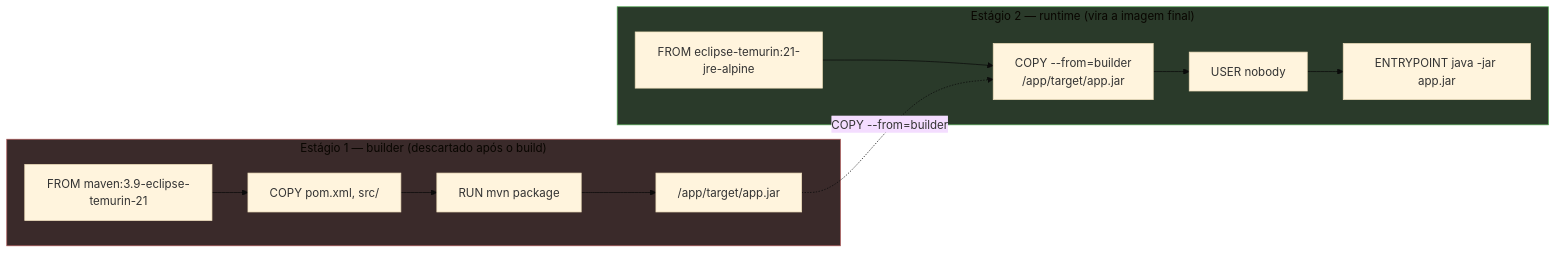
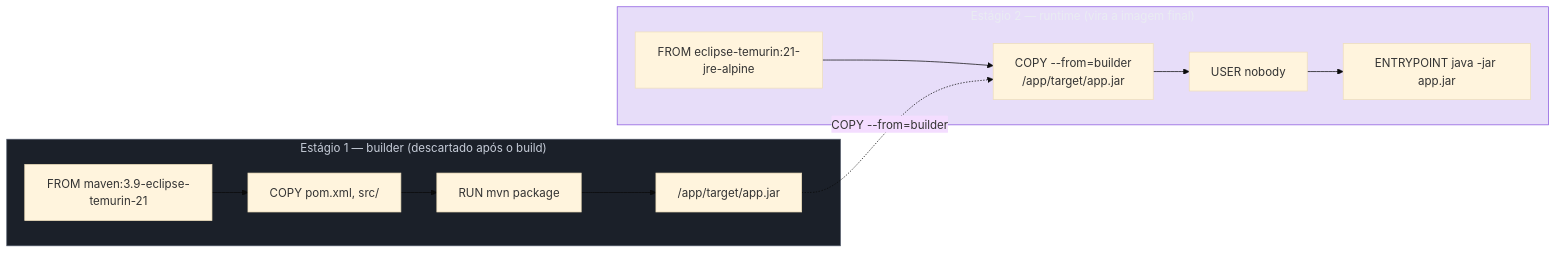
One commit to josenaldo/codex-technomanticus changed the first of 2 diagrams in 03-Dominios/Tecnologia/Infraestrutura/Docker/09 - Multi-stage e imagens mínimas.md. Above: the diagram before and after it, drawn with Mermaid (base theme). The commit also changed other lines of this file and 1181 other files, not shown here.

First line of the commit message:
fix(diagramas): paleta do sistema no lugar de cor cravada no markdown

````diff
--- a/03-Dominios/Tecnologia/Infraestrutura/Docker/09 - Multi-stage e imagens mínimas.md
+++ b/03-Dominios/Tecnologia/Infraestrutura/Docker/09 - Multi-stage e imagens mínimas.md
@@ -56,19 +56,21 @@
 ```mermaid
 flowchart LR
+    classDef neutro fill:#1B2029,stroke:#4E5666,color:#C6CCD8
+    classDef marca fill:#8855DF33,stroke:#8855DF,color:#E9ECF2
     subgraph S1["Estágio 1 — builder (descartado após o build)"]
         A["FROM maven:3.9-eclipse-temurin-21"] --> B["COPY pom.xml, src/"]
         B --> C["RUN mvn package"]
         C --> D["/app/target/app.jar"]
     end
 
     subgraph S2["Estágio 2 — runtime (vira a imagem final)"]
         E["FROM eclipse-temurin:21-jre-alpine"] --> F["COPY --from=builder<br/>/app/target/app.jar"]
         F --> G["USER nobody"]
         G --> H["ENTRYPOINT java -jar app.jar"]
     end
 
     D -.->|"COPY --from=builder"| F
 
-    style S1 fill:#3a2a2a,stroke:#a55
-    style S2 fill:#2a3a2a,stroke:#5a5
+    class S1 neutro
+    class S2 marca
 ```
````
